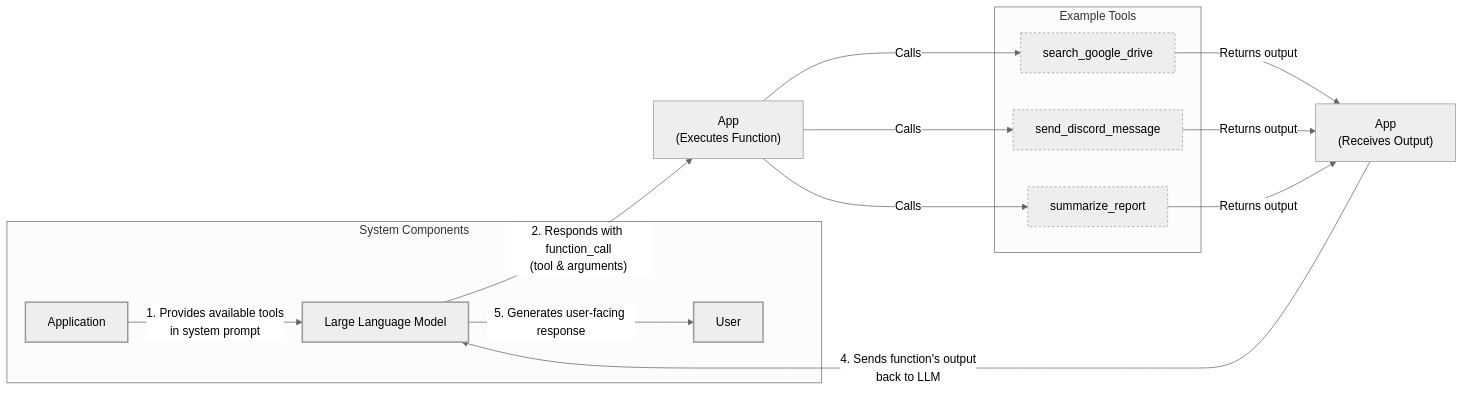
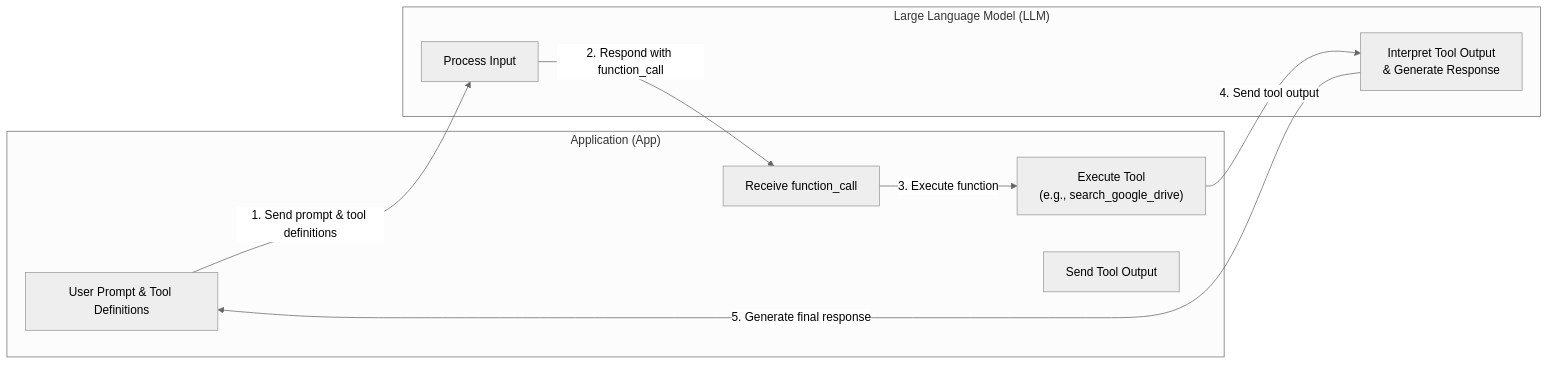
The first of 3 diagrams in RL_researcher_writer_ymaxing/rl_training_data/noise_experiment/06_tools__var_standard__replicate1__preset1/article_001.md (YMaXing/Research-Agent-reinforced-by-RL), drawn with Mermaid (neutral theme) before and after one commit. The commit also changed other lines of this file and 4528 other files, not shown here.

````diff
--- a/RL_researcher_writer_ymaxing/rl_training_data/noise_experiment/06_tools__var_standard__replicate1__preset1/article_001.md
+++ b/RL_researcher_writer_ymaxing/rl_training_data/noise_experiment/06_tools__var_standard__replicate1__preset1/article_001.md
@@ -34,37 +37,20 @@
 ```mermaid
 flowchart LR
-  %% System Components
-  subgraph "System Components"
-    App["Application"]
-    LLM["Large Language Model"]
-    User["User"]
+  subgraph "Application (App)"
+    A1["User Prompt & Tool Definitions"]
+    A2["Receive function_call"]
+    A3["Execute Tool<br/>(e.g., search_google_drive)"]
+    A4["Send Tool Output"]
   end
 
-  %% Tool Examples
-  subgraph "Example Tools"
-    T1["search_google_drive"]
-    T2["send_discord_message"]
-    T3["summarize_report"]
+  subgraph "Large Language Model (LLM)"
+    L1["Process Input"]
+    L2["Interpret Tool Output<br/>& Generate Response"]
   end
 
-  %% Request-Execute-Respond Flow
-  App -- "1. Provides available tools<br/>in system prompt" --> LLM
-  LLM -- "2. Responds with function_call<br/>(tool & arguments)" --> App_Exec["App<br/>(Executes Function)"]
-
-  App_Exec -- "Calls" --> T1
-  App_Exec -- "Calls" --> T2
-  App_Exec -- "Calls" --> T3
-
-  T1 -- "Returns output" --> App_Output["App<br/>(Receives Output)"]
-  T2 -- "Returns output" --> App_Output
-  T3 -- "Returns output" --> App_Output
-
-  App_Output -- "4. Sends function's output<br/>back to LLM" --> LLM
-  LLM -- "5. Generates user-facing response" --> User
-
-  %% Visual Grouping
-  classDef system stroke-width:2px
-  class App,LLM,User system
-  classDef tool stroke-dasharray:3,3
-  class T1,T2,T3 tool
+  A1 -- "1. Send prompt & tool definitions" --> L1
+  L1 -- "2. Respond with function_call" --> A2
+  A2 -- "3. Execute function" --> A3
+  A3 -- "4. Send tool output" --> L2
+  L2 -- "5. Generate final response" --> A1
 ```
````
